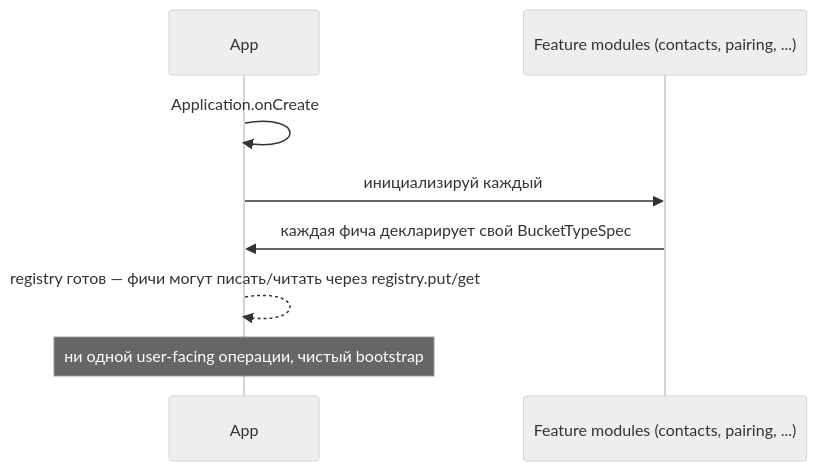
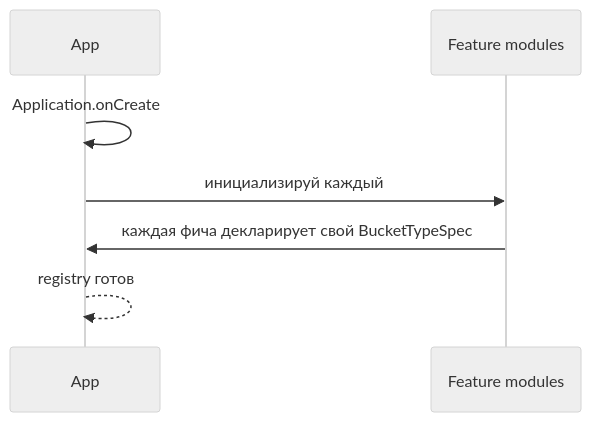
One commit to jeromwork/launcher changed the first of 9 diagrams in specs/task-66-generic-encrypted-bucket-registry/spec.md. Above: the diagram before and after it, drawn with Mermaid (neutral theme). The commit also changed other lines of this file, not shown here.

````diff
--- a/specs/task-66-generic-encrypted-bucket-registry/spec.md
+++ b/specs/task-66-generic-encrypted-bucket-registry/spec.md
@@ -101,11 +124,10 @@
 ```mermaid
 sequenceDiagram
   participant App
-  participant Features as Feature modules (contacts, pairing, ...)
+  participant Features as Feature modules
 
   App->>App: Application.onCreate
   App->>Features: инициализируй каждый
   Features->>App: каждая фича декларирует свой BucketTypeSpec
-  App-->>App: registry готов — фичи могут писать/читать через registry.put/get
-  Note over App: ни одной user-facing операции, чистый bootstrap
+  App-->>App: registry готов
 ```
````
